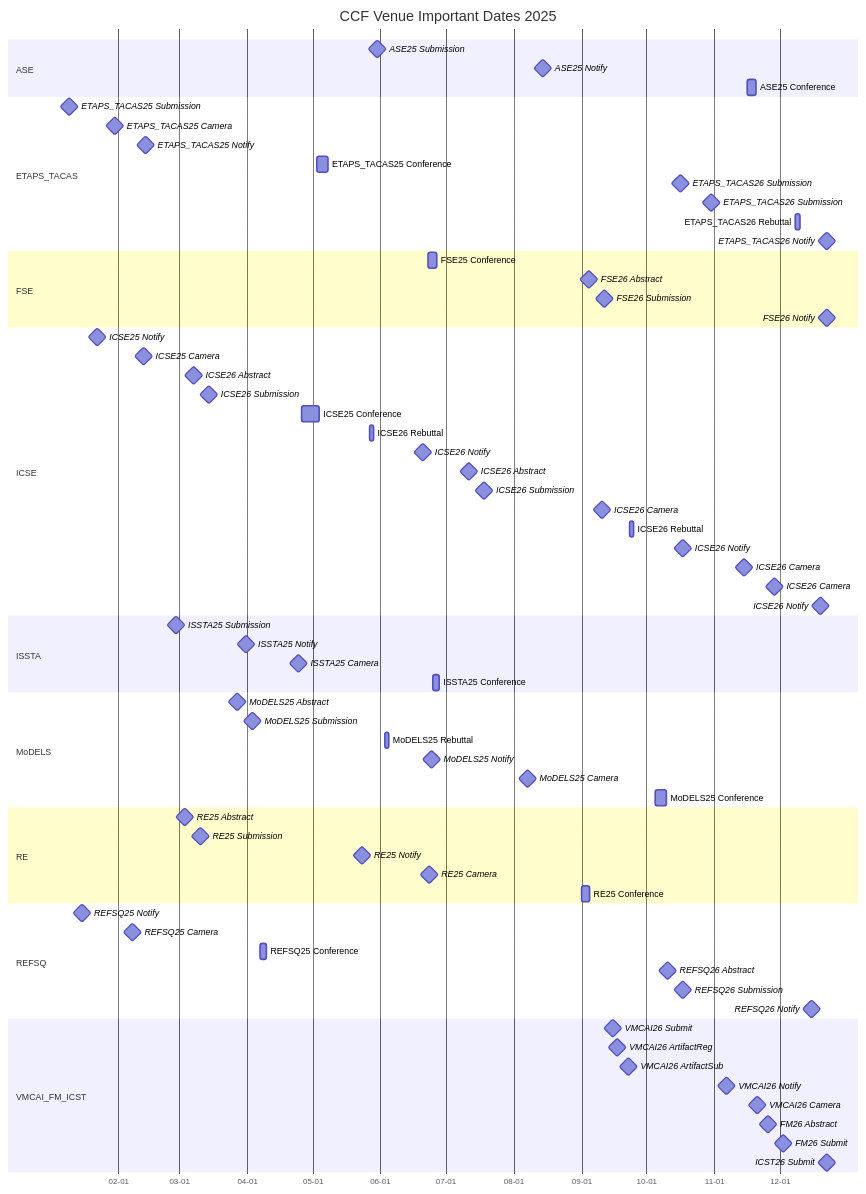
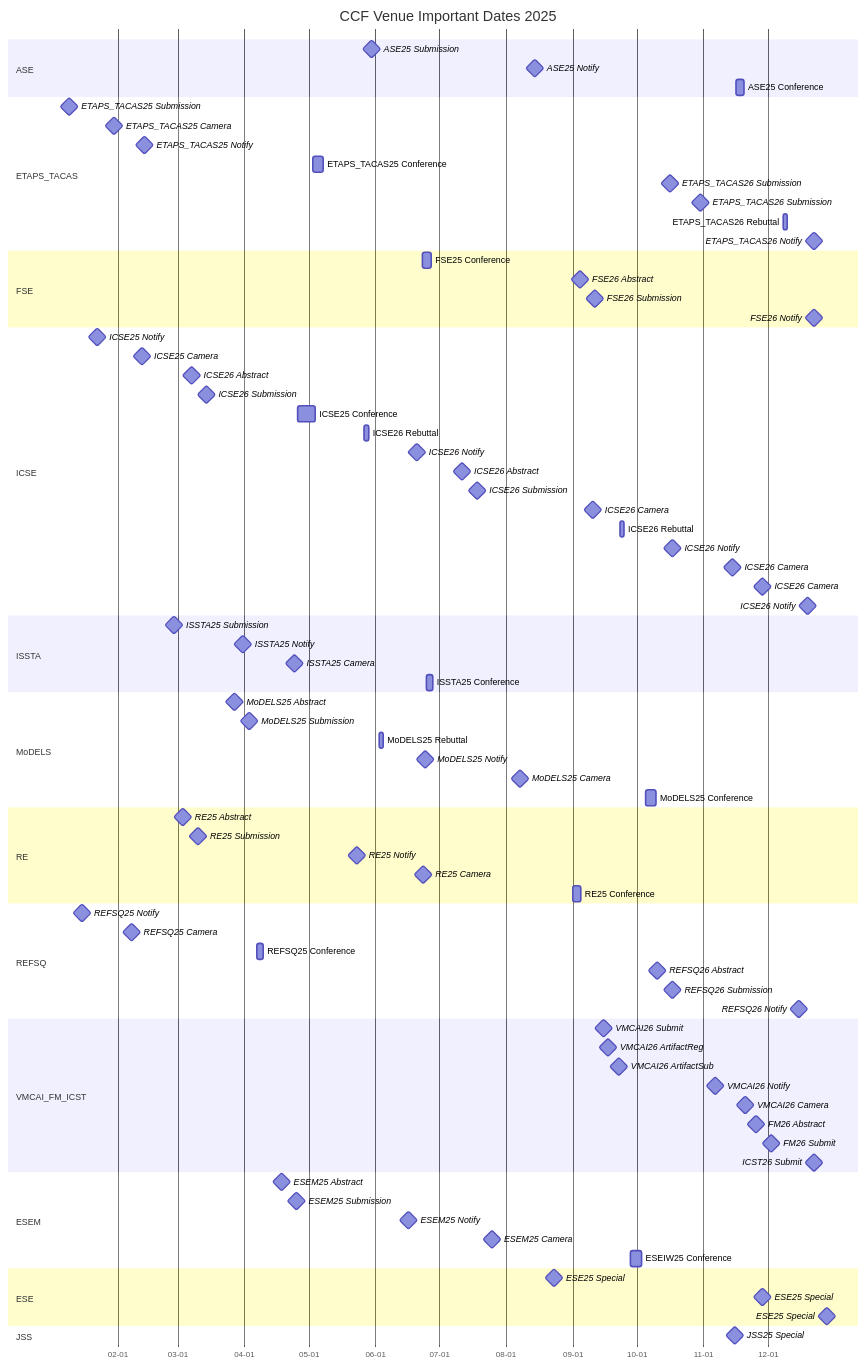
One commit to HansBug/research_ideas changed the fourth of 9 diagrams in ccf_venues/TIMELINE.md. Above: the diagram before and after it, drawn with Mermaid. The commit also changed other lines of this file and 35 other files, not shown here.

````diff
--- a/ccf_venues/TIMELINE.md
+++ b/ccf_venues/TIMELINE.md
@@ -523,4 +587,19 @@
   FM26 Submit :milestone, fm2026_submit, 2025-12-02, 1d
   ICST26 Submit :milestone, icst2026_submit, 2025-12-22, 1d
 
+  section ESEM
+  ESEM25 Abstract :milestone, esem_2025_1_20250418, 2025-04-18, 1d
+  ESEM25 Submission :milestone, esem_2025_2_20250425, 2025-04-25, 1d
+  ESEM25 Notify :milestone, esem_2025_3_20250616, 2025-06-16, 1d
+  ESEM25 Camera :milestone, esem_2025_4_20250725, 2025-07-25, 1d
+  ESEIW25 Conference :esem_2025_5_20250928, 2025-09-28, 2025-10-03
+
+  section ESE
+  ESE25 Special :milestone, ese_2025_1_20250823, 2025-08-23, 1d
+  ESE25 Special :milestone, ese_2025_2_20251128, 2025-11-28, 1d
+  ESE25 Special :milestone, ese_2025_3_20251228, 2025-12-28, 1d
+
+  section JSS
+  JSS25 Special :milestone, jss_2025_1_20251115, 2025-11-15, 1d
+
 ```
````
